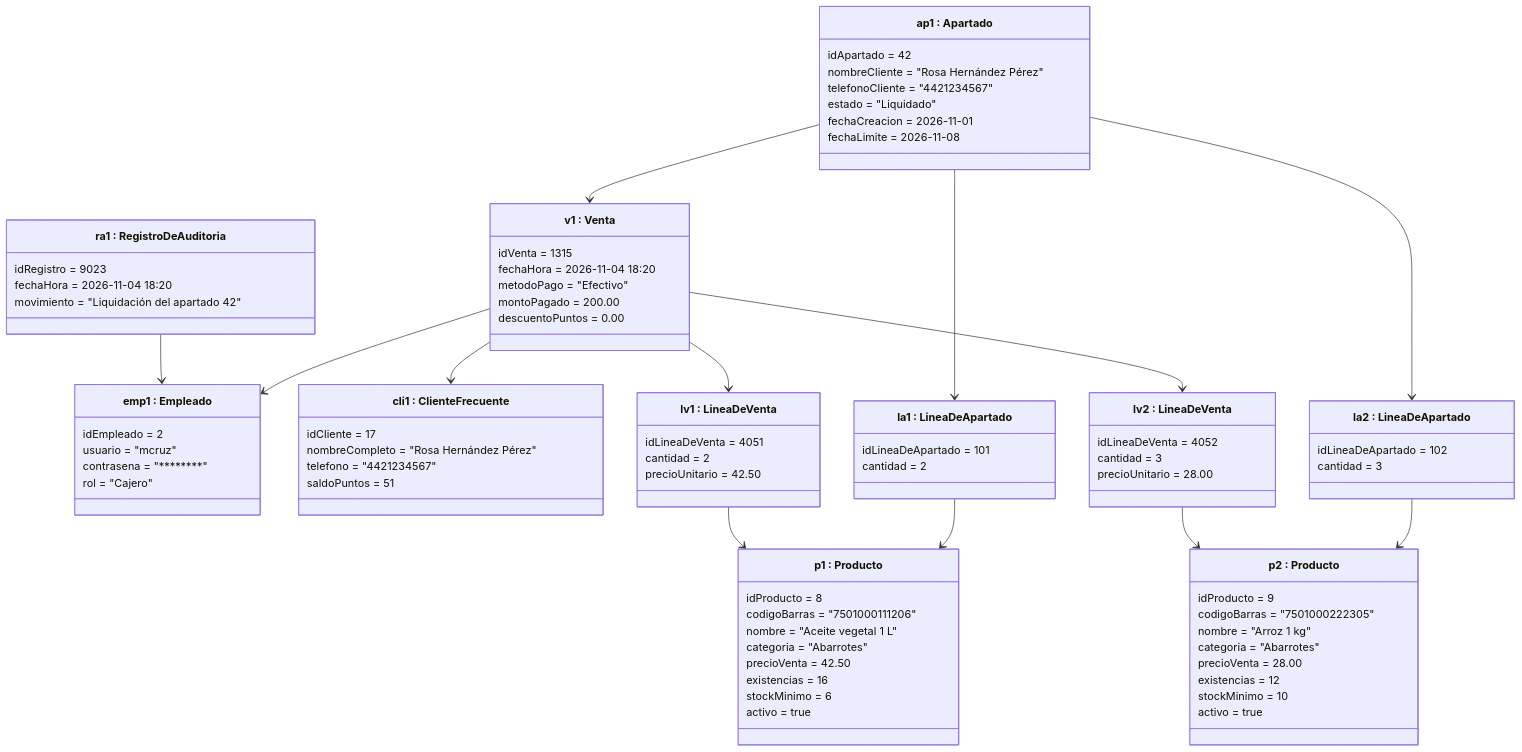
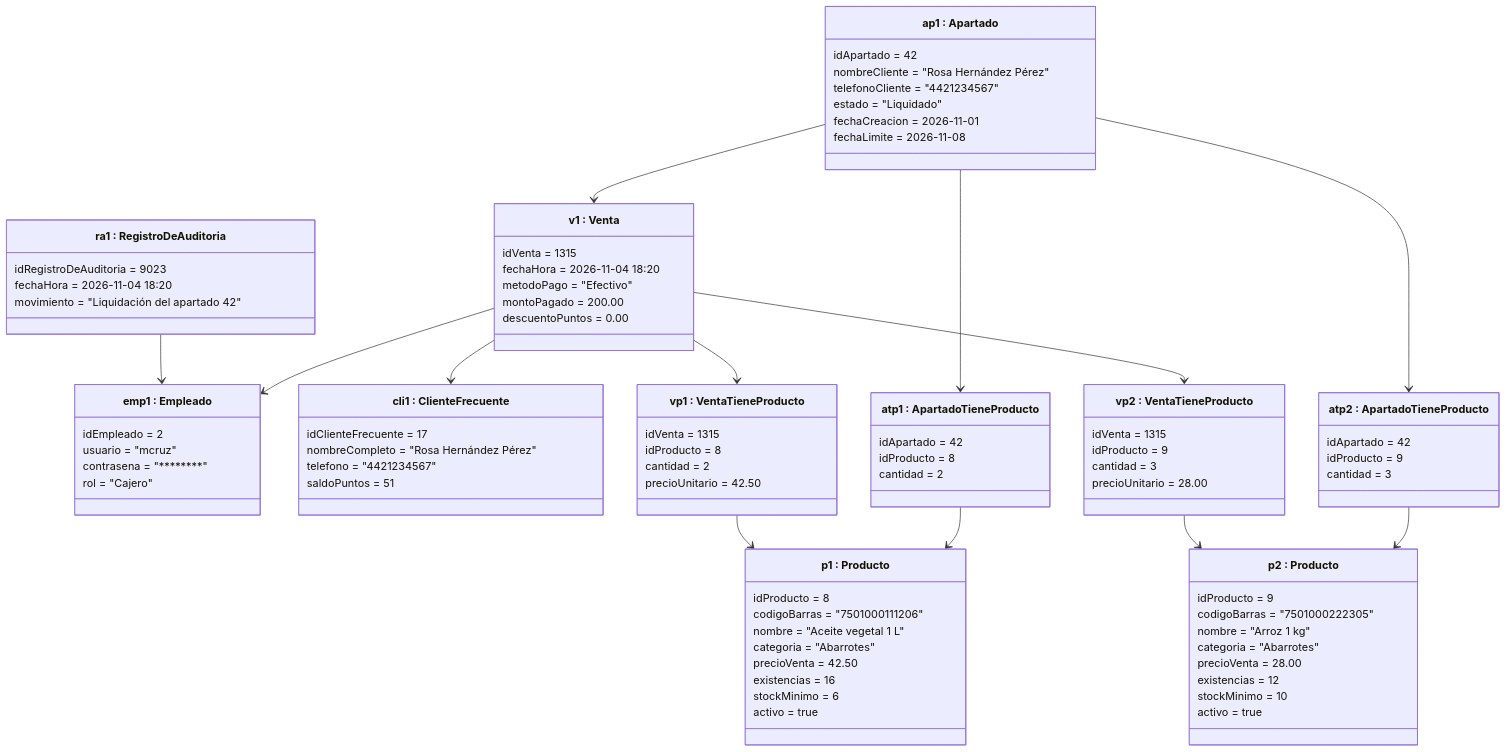
The fifth of 5 diagrams in docs/arch/Diagramas-de-arquitectura-Minimarket-Control.md (Invader395/Ingenieria-de-Software), drawn with Mermaid before and after one commit. The commit also changed other lines of this file, not shown here.

Commit message:
Refactor class names and update API details

```diff
--- a/docs/arch/Diagramas-de-arquitectura-Minimarket-Control.md
+++ b/docs/arch/Diagramas-de-arquitectura-Minimarket-Control.md
@@ -219,7 +226,7 @@
         rol = "Cajero"
     }
     class cli1["cli1 : ClienteFrecuente"] {
-        idCliente = 17
+        idClienteFrecuente = 17
         nombreCompleto = "Rosa Hernández Pérez"
         telefono = "4421234567"
         saldoPuntos = 51
@@ -232,12 +239,14 @@
         fechaCreacion = 2026-11-01
         fechaLimite = 2026-11-08
     }
-    class la1["la1 : LineaDeApartado"] {
-        idLineaDeApartado = 101
+    class atp1["atp1 : ApartadoTieneProducto"] {
+        idApartado = 42
+        idProducto = 8
         cantidad = 2
     }
-    class la2["la2 : LineaDeApartado"] {
-        idLineaDeApartado = 102
+    class atp2["atp2 : ApartadoTieneProducto"] {
+        idApartado = 42
+        idProducto = 9
         cantidad = 3
     }
     class v1["v1 : Venta"] {
@@ -247,13 +256,15 @@
         montoPagado = 200.00
         descuentoPuntos = 0.00
     }
-    class lv1["lv1 : LineaDeVenta"] {
-        idLineaDeVenta = 4051
+    class vp1["vp1 : VentaTieneProducto"] {
+        idVenta = 1315
+        idProducto = 8
         cantidad = 2
         precioUnitario = 42.50
     }
-    class lv2["lv2 : LineaDeVenta"] {
-        idLineaDeVenta = 4052
+    class vp2["vp2 : VentaTieneProducto"] {
+        idVenta = 1315
+        idProducto = 9
         cantidad = 3
         precioUnitario = 28.00
     }
@@ -278,20 +289,20 @@
         activo = true
     }
     class ra1["ra1 : RegistroDeAuditoria"] {
-        idRegistro = 9023
+        idRegistroDeAuditoria = 9023
         fechaHora = 2026-11-04 18:20
         movimiento = "Liquidación del apartado 42"
     }
 
-    ap1 --> la1
-    ap1 --> la2
-    la1 --> p1
-    la2 --> p2
+    ap1 --> atp1
+    ap1 --> atp2
+    atp1 --> p1
+    atp2 --> p2
     ap1 --> v1
-    v1 --> lv1
-    v1 --> lv2
-    lv1 --> p1
-    lv2 --> p2
+    v1 --> vp1
+    v1 --> vp2
+    vp1 --> p1
+    vp2 --> p2
     v1 --> emp1
     v1 --> cli1
     ra1 --> emp1
```
